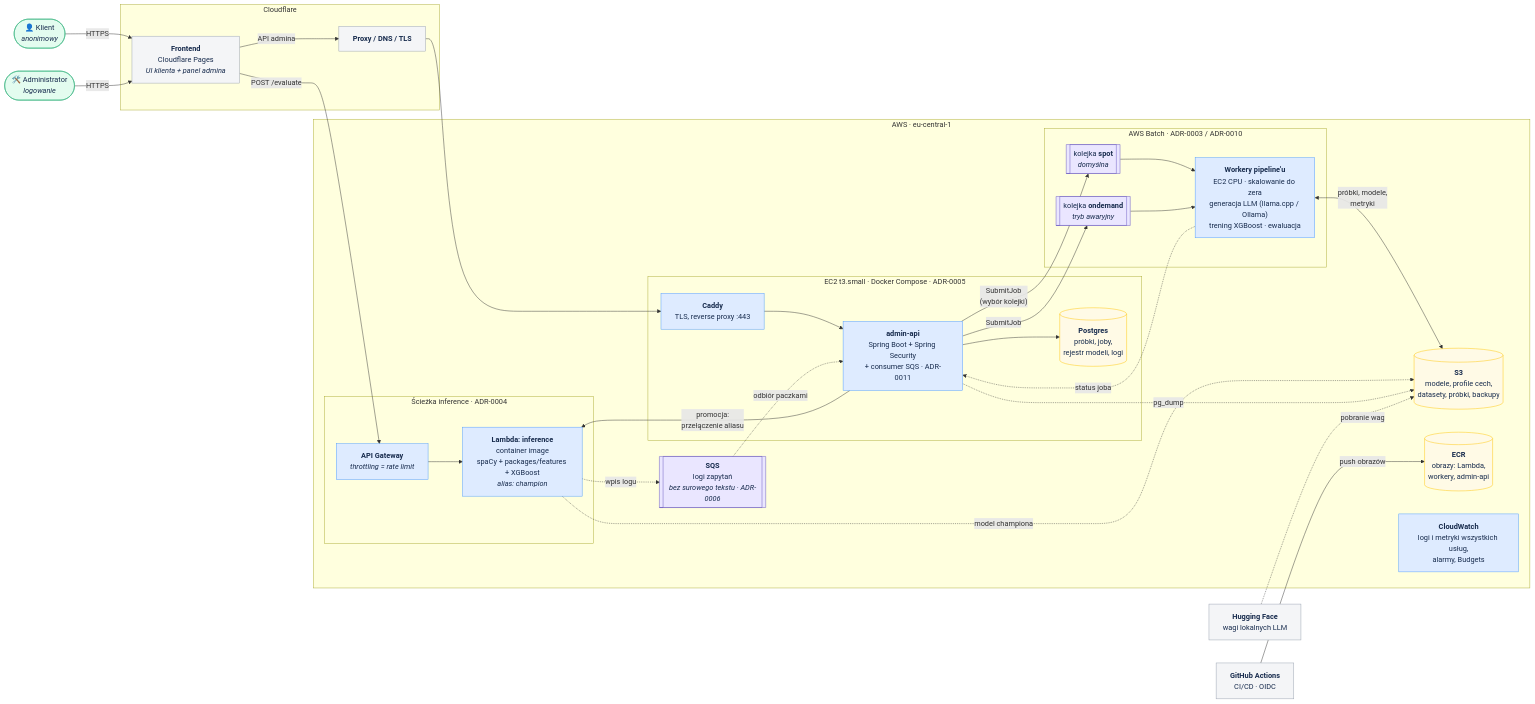
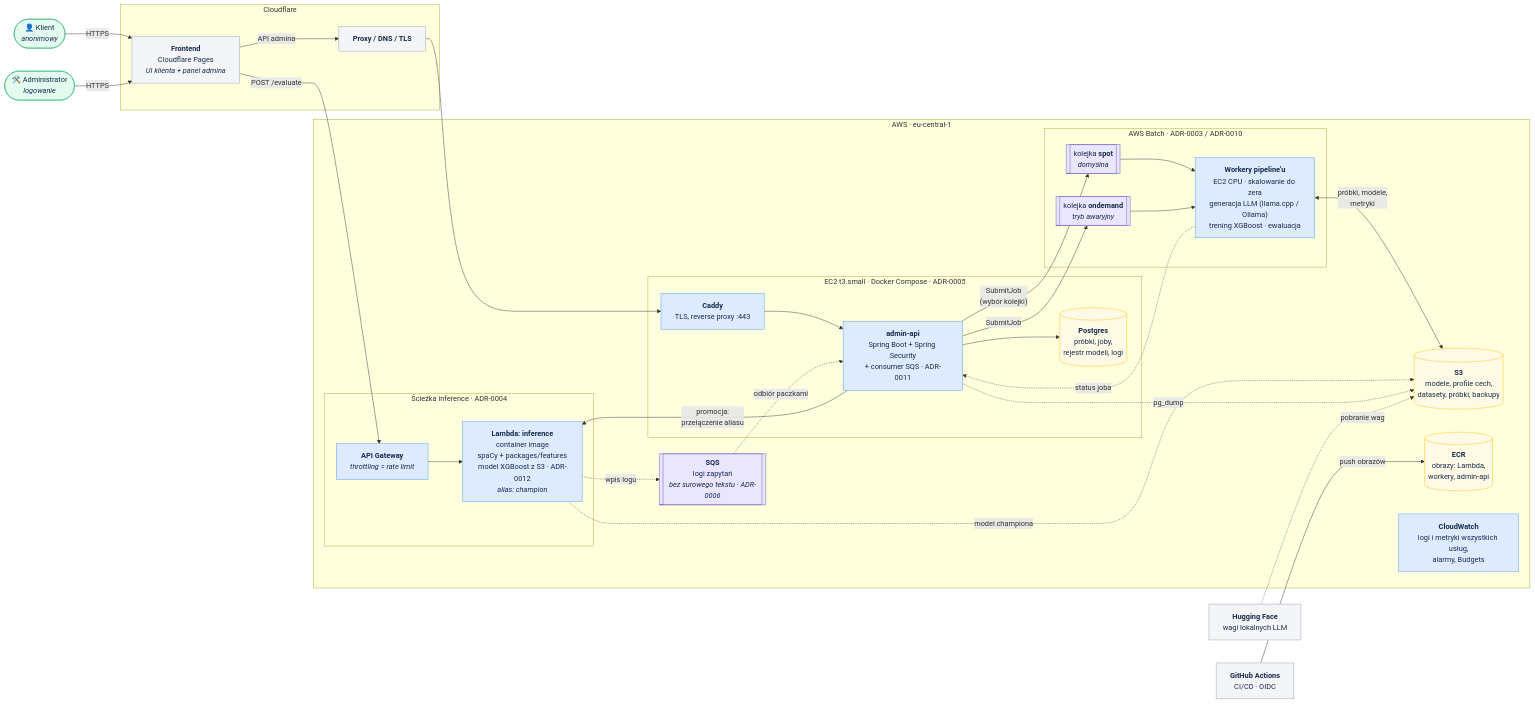
One commit to DeszczMikolaj/ai-detector-deployment changed the diagram in docs/architecture/README.md. Above: the diagram before and after it, drawn with Mermaid. The commit also changed other lines of this file and 2 other files, not shown here.

Commit message:
docs(adr): add ADR-0012 champion model loaded from S3
Lambda image ships code and spaCy only; model version via MODEL_URI on the Lambda version, promotion = publish version + switch alias.

Claude-Session: https://claude.ai/code/session_01RyinU4ZtDWPAXGczxHEPAe

```diff
--- a/docs/architecture/README.md
+++ b/docs/architecture/README.md
@@ -27,7 +27,7 @@
     subgraph AWS["AWS · eu-central-1"]
         subgraph INF["Ścieżka inference · ADR-0004"]
             apigw["<b>API Gateway</b><br/><i>throttling = rate limit</i>"]
-            lambda["<b>Lambda: inference</b><br/>container image<br/>spaCy + packages/features + XGBoost<br/><i>alias: champion</i>"]
+            lambda["<b>Lambda: inference</b><br/>container image<br/>spaCy + packages/features<br/>model XGBoost z S3 · ADR-0012<br/><i>alias: champion</i>"]
         end
 
         sqs[["<b>SQS</b><br/>logi zapytań<br/><i>bez surowego tekstu · ADR-0006</i>"]]
```
